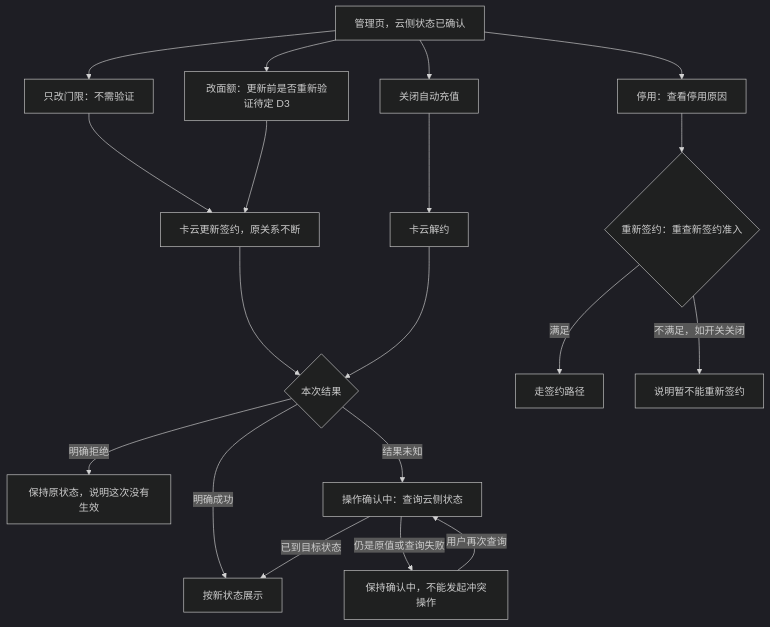
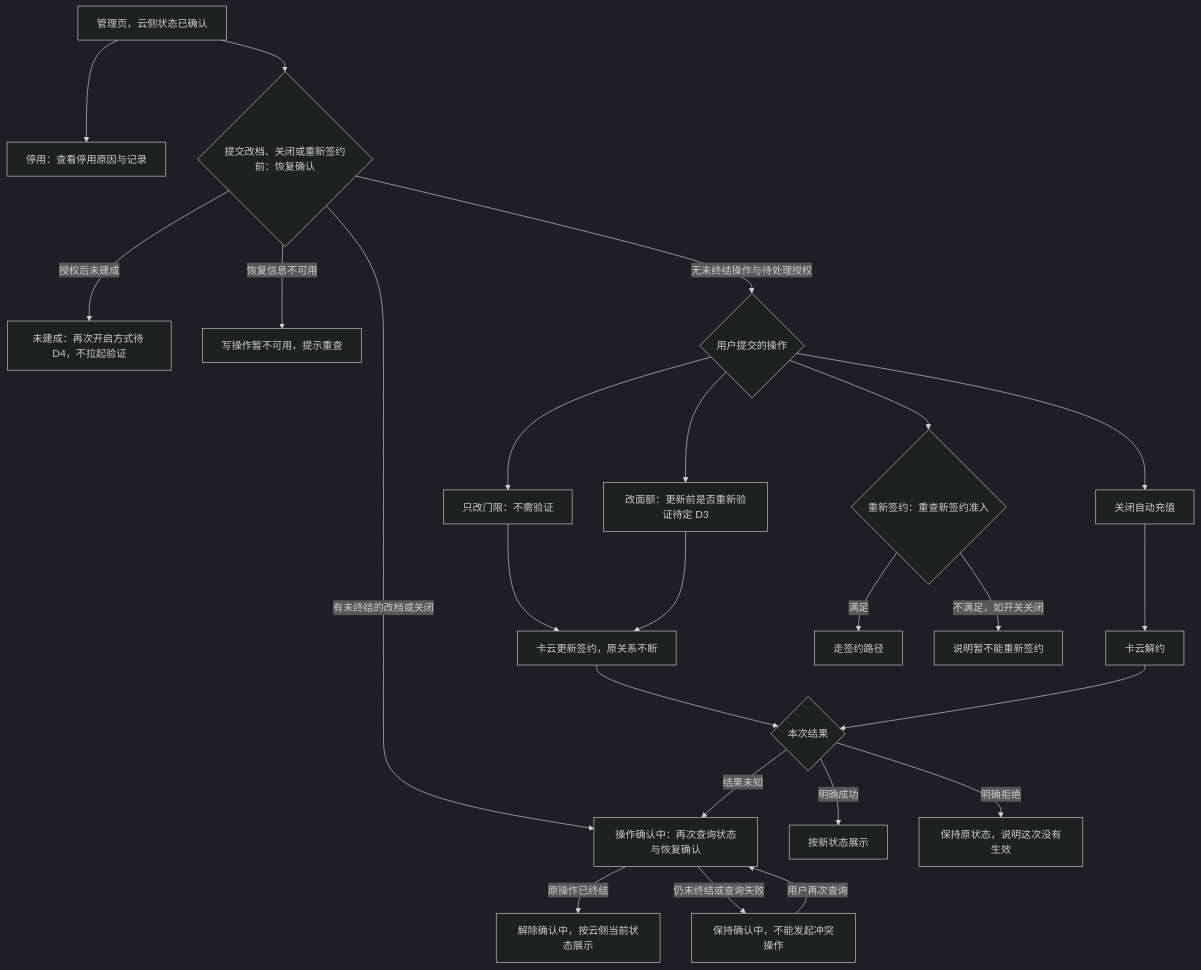
Before and after one commit to sqsqsq/SimulatedWalletForHmos: the second of 3 diagrams in doc/plan/1.9.9/金样候选/auto-topup/spec/spec.md, drawn with Mermaid (dark theme). The commit also changed other lines of this file and 47 other files, not shown here.

````diff
--- a/doc/plan/1.9.9/金样候选/auto-topup/spec/spec.md
+++ b/doc/plan/1.9.9/金样候选/auto-topup/spec/spec.md
@@ -259,21 +267,26 @@
 ```mermaid
 flowchart TD
-  M[管理页，云侧状态已确认] --> N1[只改门限：不需验证]
-  M --> N2[改面额：更新前是否重新验证待定 D3]
-  M --> O[关闭自动充值]
-  M --> P[停用：查看停用原因]
+  M[管理页，云侧状态已确认] --> P[停用：查看停用原因与记录]
+  M --> W{提交改档、关闭或重新签约前：恢复确认}
+  W -->|有未终结的改档或关闭| PD
+  W -->|授权后未建成| AF[未建成：再次开启方式待 D4，不拉起验证]
+  W -->|恢复信息不可用| RQ[写操作暂不可用，提示重查]
+  W -->|无未终结操作与待处理授权| CH{用户提交的操作}
+  CH --> N1[只改门限：不需验证]
+  CH --> N2[改面额：更新前是否重新验证待定 D3]
+  CH --> O[关闭自动充值]
+  CH --> RE{重新签约：重查新签约准入}
   N1 --> UP[卡云更新签约，原关系不断]
   N2 --> UP
   O --> CC[卡云解约]
   UP --> RS{本次结果}
   CC --> RS
   RS -->|明确成功| OK[按新状态展示]
   RS -->|明确拒绝| NO[保持原状态，说明这次没有生效]
-  RS -->|结果未知| PD[操作确认中：查询云侧状态]
-  PD -->|已到目标状态| OK
-  PD -->|仍是原值或查询失败| WT[保持确认中，不能发起冲突操作]
+  RS -->|结果未知| PD[操作确认中：再次查询状态与恢复确认]
+  PD -->|原操作已终结| CUR[解除确认中，按云侧当前状态展示]
+  PD -->|仍未终结或查询失败| WT[保持确认中，不能发起冲突操作]
   WT -->|用户再次查询| PD
-  P --> RE{重新签约：重查新签约准入}
   RE -->|满足| SG[走签约路径]
   RE -->|不满足，如开关关闭| NA[说明暂不能重新签约]
 ```
````
